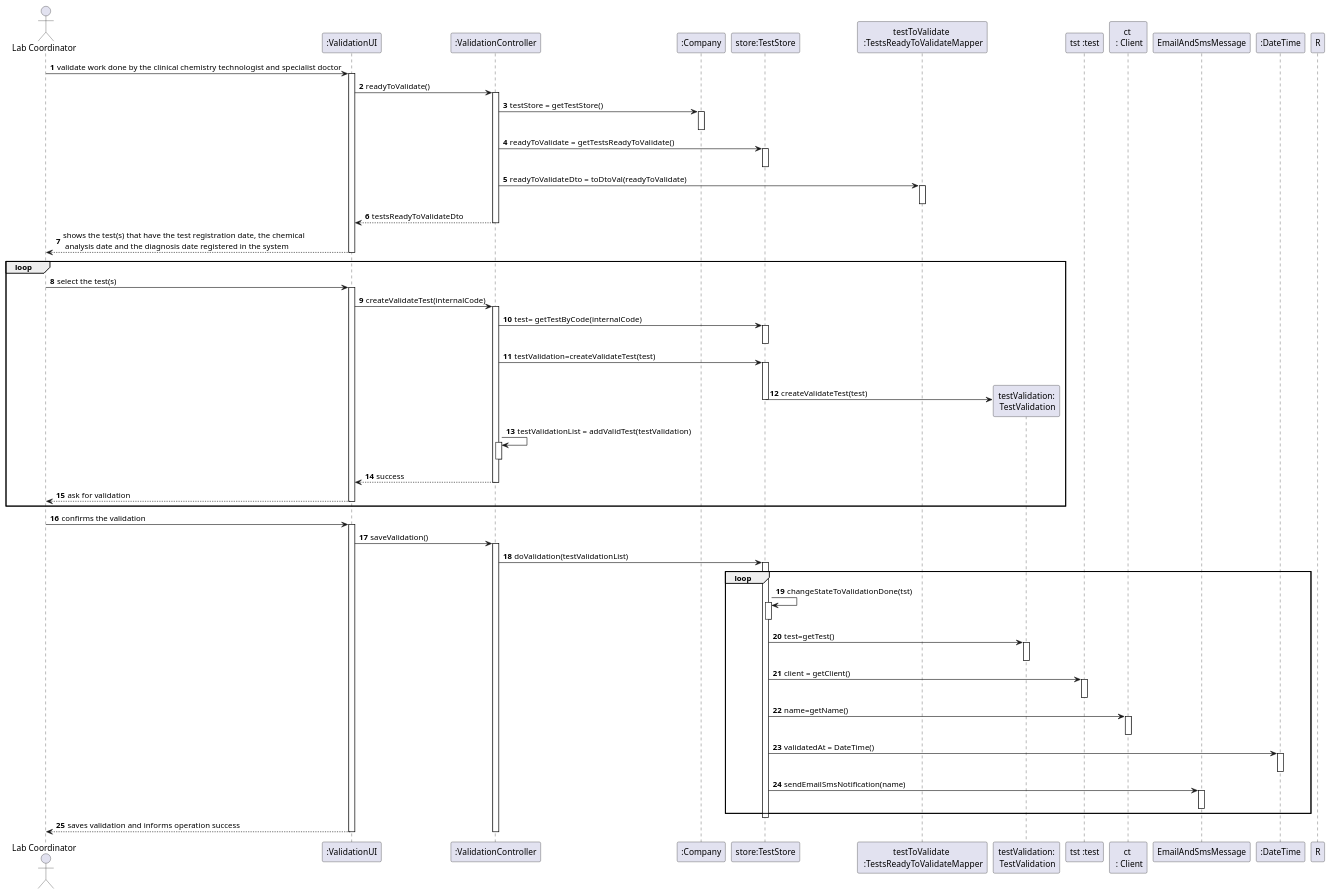
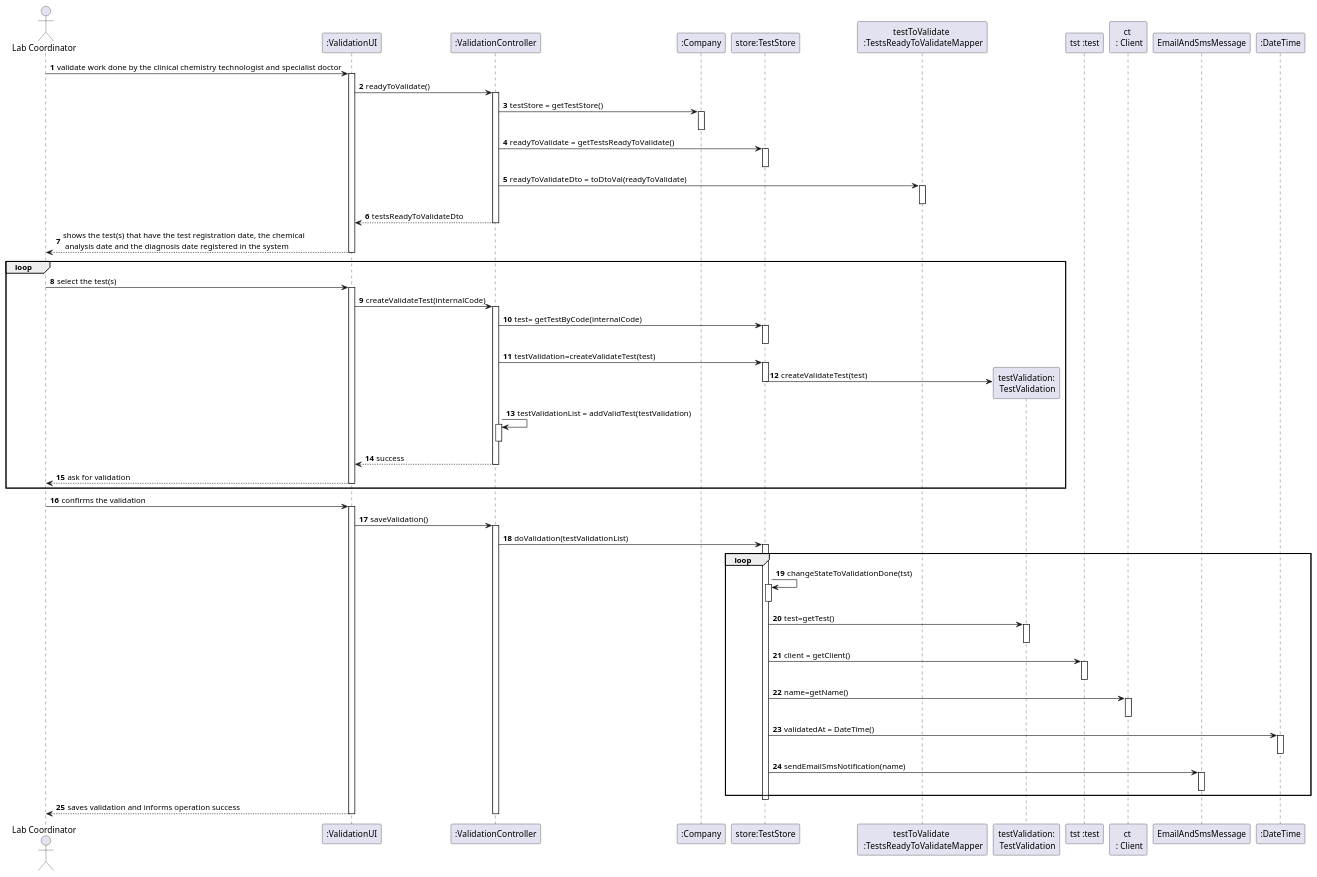
Before and after one commit to GuilhermeCunha79/lapr2: the diagram in docs/SprintC/US15/UC15_SD.puml, drawn with PlantUML. The commit also changed 5 other files, not shown here.

```diff
--- a/docs/SprintC/US15/UC15_SD.puml
+++ b/docs/SprintC/US15/UC15_SD.puml
@@ -1,98 +1,97 @@
 @startuml
 autonumber
 'hide footbox
 actor "Lab Coordinator" as LC
 
 participant ":ValidationUI" as UI
 participant ":ValidationController" as CTRL
 participant ":Company" as C
 participant "store:TestStore" as TS
 participant "testToValidate \n :TestsReadyToValidateMapper" as TVM
 participant "testValidation:\n TestValidation" as TV
 participant "tst :test" as TST
 participant "ct \n : Client" as CT
 participant "EmailAndSmsMessage" as EM
 participant ":DateTime" as DT
 
 LC -> UI : validate work done by the clinical chemistry technologist and specialist doctor
 activate UI
     UI -> CTRL : readyToValidate()
     activate CTRL
     CTRL -> C : testStore = getTestStore()
     activate C
     deactivate C
     CTRL -> TS : readyToValidate = getTestsReadyToValidate()
     activate TS
     deactivate TS
     CTRL -> TVM : readyToValidateDto = toDtoVal(readyToValidate)
     activate TVM
     deactivate TVM
     deactivate TVM
     CTRL --> UI : testsReadyToValidateDto
     deactivate CTRL
     UI --> LC : shows the test(s) that have the test registration date, the chemical\n analysis date and the diagnosis date registered in the system
 deactivate UI
 loop
 LC -> UI : select the test(s)
 activate UI
 
 UI -> CTRL : createValidateTest(internalCode)
 activate CTRL
 CTRL -> TS : test= getTestByCode(internalCode)
 activate TS
 deactivate TS
 CTRL -> TS : testValidation=createValidateTest(test)
 activate TS
-deactivate R
 TS-> TV** : createValidateTest(test)
 deactivate TS
 
 
 
 CTRL -> CTRL : testValidationList = addValidTest(testValidation)
 activate CTRL
 deactivate CTRL
 CTRL --> UI : success
 deactivate CTRL
 
     UI --> LC : ask for validation
     deactivate CTRL
 deactivate UI
 end
 LC -> UI : confirms the validation
 activate UI
     UI -> CTRL : saveValidation()
     activate CTRL
     CTRL -> TS : doValidation(testValidationList)
     loop
     activate TS
     TS -> TS : changeStateToValidationDone(tst)
     activate TS
     deactivate TS
     TS -> TV : test=getTest()
     activate TV
     deactivate TV
     TS -> TST : client = getClient()
     activate TST
     deactivate TST
     TS -> CT : name=getName()
     activate CT
     deactivate CT
     TS -> DT : validatedAt = DateTime()
     activate DT
         deactivate DT
     TS -> EM : sendEmailSmsNotification(name)
     activate EM
         deactivate EM
    end
 
 
     deactivate TS
 
 
 UI --> LC : saves validation and informs operation success
 deactivate C
 deactivate UI
 deactivate CTRL
 
 @enduml
```
